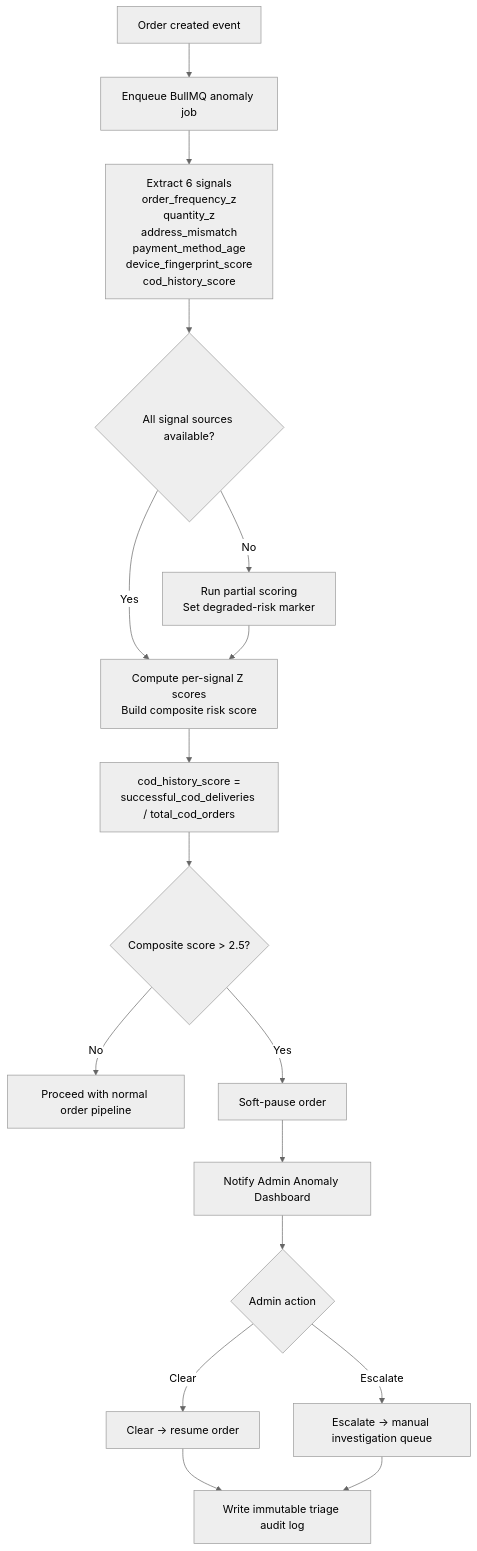
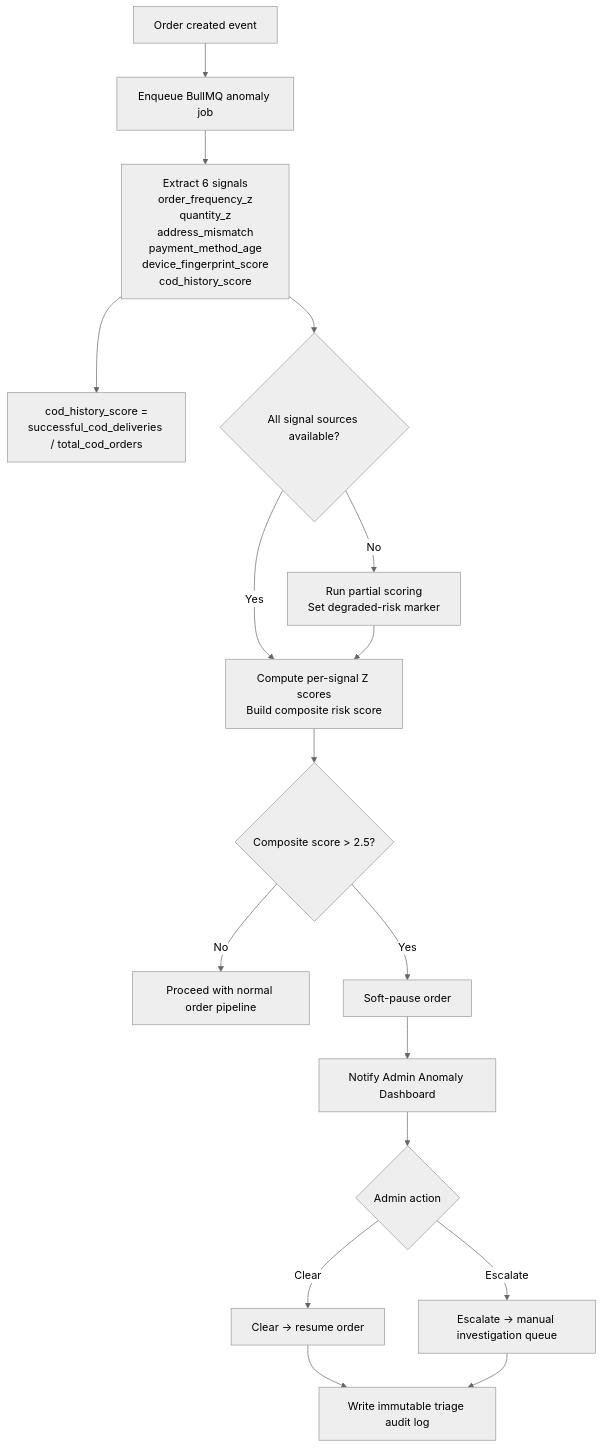
One commit to SagarBiswas-MultiHAT/PRISM-Commerce changed the diagram in assets/Diagrams/E). AI & ML Pipeline/28-order-anomaly-detection-async-risk-triage-flow.mmd. Above: the diagram before and after it, drawn with Mermaid (neutral theme). The commit also changed 19 other files, not shown here.

Commit message:
docs: add comprehensive system architecture, database schema, and AI pipeline diagrams to project documentation

```diff
--- a/assets/Diagrams/E). AI & ML Pipeline/28-order-anomaly-detection-async-risk-triage-flow.mmd
+++ b/assets/Diagrams/E). AI & ML Pipeline/28-order-anomaly-detection-async-risk-triage-flow.mmd
@@ -1,33 +1,34 @@
 flowchart TB
   %% Diagram 28: Order Anomaly Detection Async Risk and Admin Triage Flow
 
   OrderEvent[Order created event]
   Enqueue[Enqueue BullMQ anomaly job]
   Extract[Extract 6 signals\norder_frequency_z\nquantity_z\naddress_mismatch\npayment_method_age\ndevice_fingerprint_score\ncod_history_score]
+  CodFormula[cod_history_score =\nsuccessful_cod_deliveries / total_cod_orders]
 
   SignalCheck{All signal sources available?}
   Partial[Run partial scoring\nSet degraded-risk marker]
 
   Score[Compute per-signal Z scores\nBuild composite risk score]
-  CodFormula[cod_history_score =\nsuccessful_cod_deliveries / total_cod_orders]
   RiskDecision{Composite score > 2.5?}
 
   SafePath[Proceed with normal order pipeline]
 
   Pause[Soft-pause order]
   Notify[Notify Admin Anomaly Dashboard]
   Triage{Admin action}
   Clear[Clear -> resume order]
   Escalate[Escalate -> manual investigation queue]
   Audit[Write immutable triage audit log]
 
   OrderEvent --> Enqueue --> Extract --> SignalCheck
   SignalCheck -- Yes --> Score
   SignalCheck -- No --> Partial --> Score
 
-  Score --> CodFormula --> RiskDecision
+  Extract --> CodFormula
+  Score --> RiskDecision
 
   RiskDecision -- No --> SafePath
   RiskDecision -- Yes --> Pause --> Notify --> Triage
   Triage -- Clear --> Clear --> Audit
   Triage -- Escalate --> Escalate --> Audit
```
